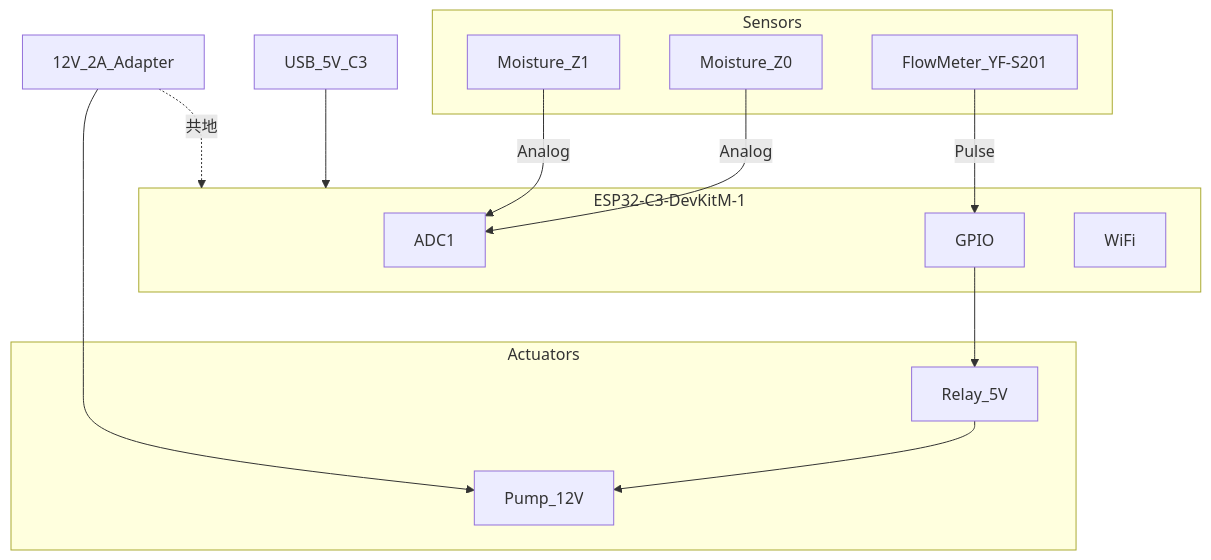
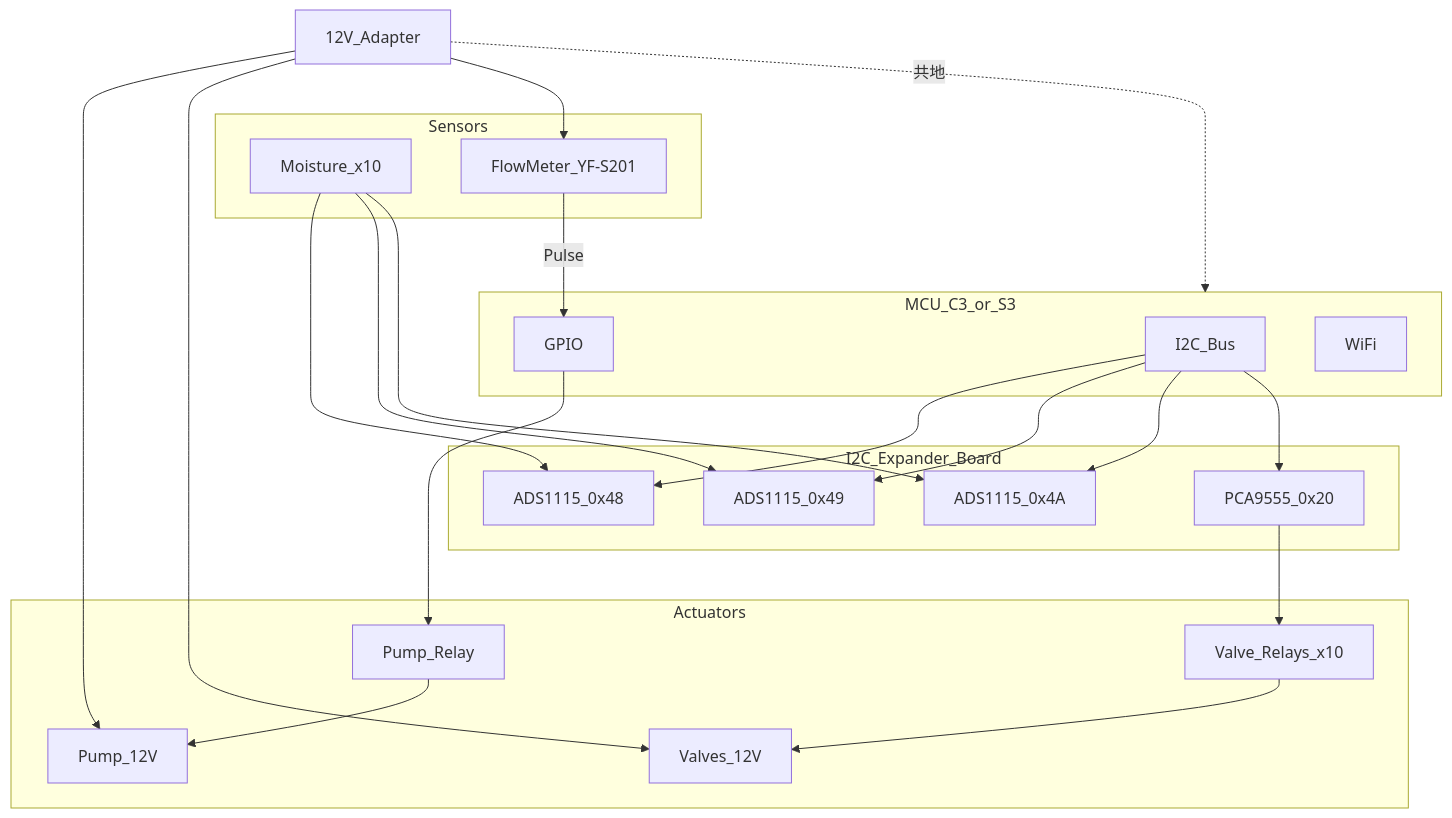
Before and after one commit to typhoon322/AutoWateringSystem: the first of 3 diagrams in docs/system-design.md, drawn with Mermaid. The commit also changed other lines of this file and 32 other files, not shown here.

First line of the commit message:
Add I2C expander architecture for up to 10 zones (v2.1).

````diff
--- a/docs/system-design.md
+++ b/docs/system-design.md
@@ -52,30 +79,37 @@
 ```mermaid
 flowchart TB
-    subgraph mcu [ESP32-C3-DevKitM-1]
-        ADC[ADC1]
+    subgraph mcu [MCU_C3_or_S3]
+        I2C[I2C_Bus]
         GPIO[GPIO]
         WiFiMod[WiFi]
     end
 
+    subgraph expander [I2C_Expander_Board]
+        ADS0[ADS1115_0x48]
+        ADS1[ADS1115_0x49]
+        ADS2[ADS1115_0x4A]
+        PCA[PCA9555_0x20]
+    end
+
     subgraph sensors [Sensors]
-        MS0[Moisture_Z0]
-        MS1[Moisture_Z1]
+        MS[Moisture_x10]
         FM[FlowMeter_YF-S201]
     end
 
     subgraph actuators [Actuators]
-        RELAY[Relay_5V]
+        PUMP_RELAY[Pump_Relay]
+        VALVE_RELAY[Valve_Relays_x10]
         PUMP[Pump_12V]
+        VALVES[Valves_12V]
     end
 
-    PS12[12V_2A_Adapter]
-    USB[USB_5V_C3]
+    PS12[12V_Adapter]
 
-    MS0 -->|Analog| ADC
-    MS1 -->|Analog| ADC
+    I2C --> ADS0 & ADS1 & ADS2 & PCA
+    MS --> ADS0 & ADS1 & ADS2
     FM -->|Pulse| GPIO
-    GPIO --> RELAY --> PUMP
-    PS12 --> PUMP
-    USB --> mcu
+    GPIO --> PUMP_RELAY --> PUMP
+    PCA --> VALVE_RELAY --> VALVES
+    PS12 --> PUMP & VALVES & FM
     PS12 -.->|共地| mcu
 ```
````
